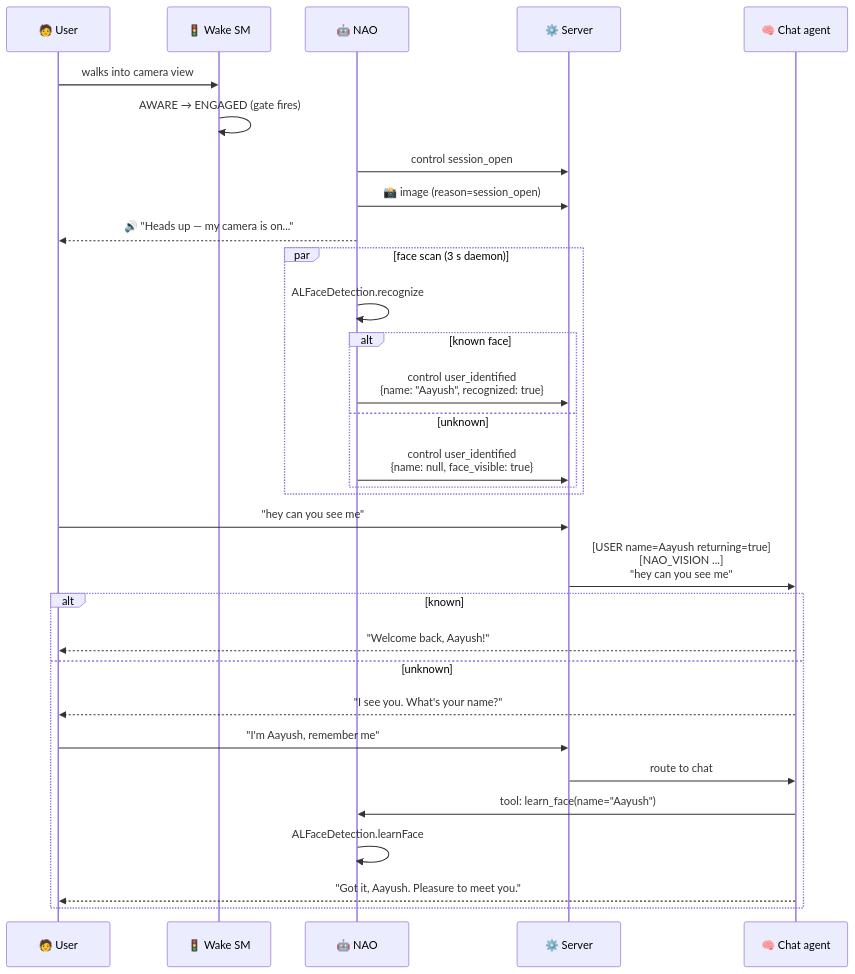
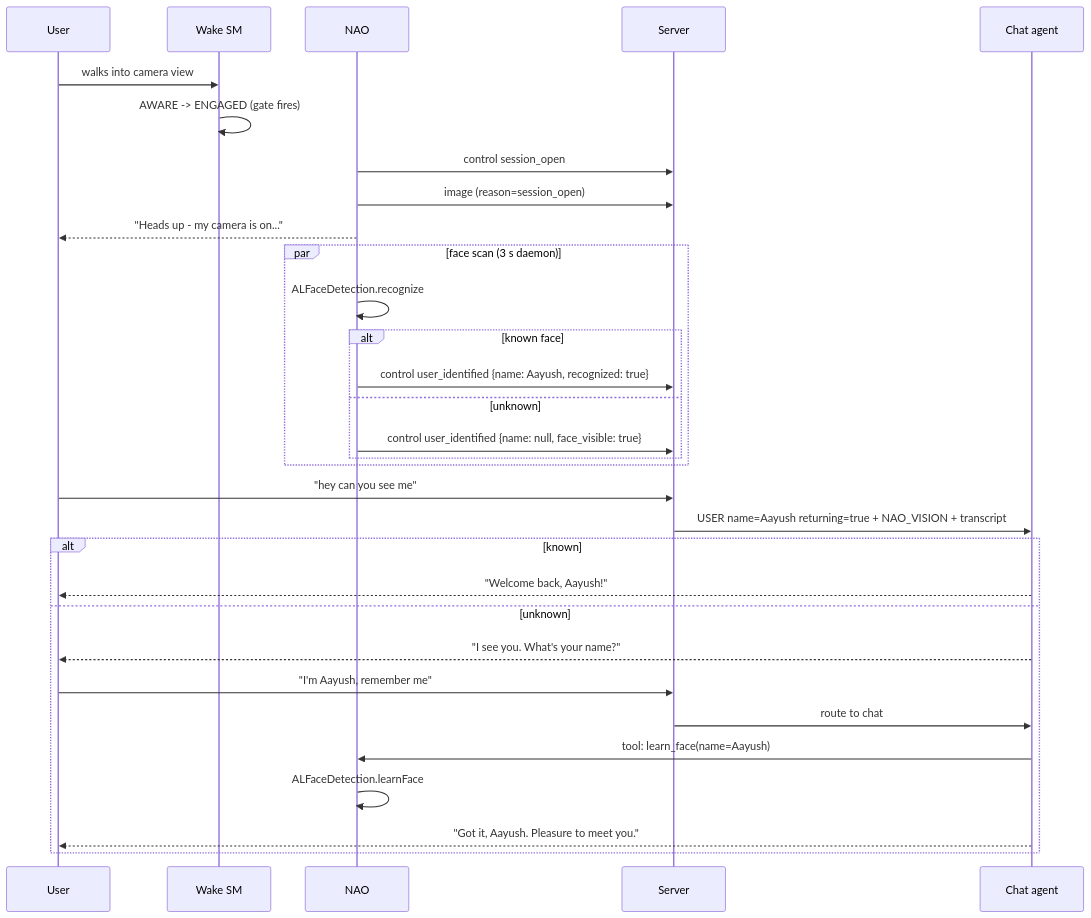
One commit to theaayushstha1/Nao-OpenAI-Morgan-Assist changed the seventh of 8 diagrams in README.md. Above: the diagram before and after it, drawn with Mermaid. The commit also changed other lines of this file, not shown here.

First line of the commit message:
README: zero emojis, fix mermaid parse error in voice/mic lifecycle

````diff
--- a/README.md
+++ b/README.md
@@ -277,34 +279,34 @@
 ```mermaid
 sequenceDiagram
-    participant U as 🧑 User
-    participant W as 🚦 Wake SM
-    participant N as 🤖 NAO
-    participant S as ⚙️ Server
-    participant A as 🧠 Chat agent
+    participant U as User
+    participant W as Wake SM
+    participant N as NAO
+    participant S as Server
+    participant A as Chat agent
 
     U->>W: walks into camera view
-    W->>W: AWARE → ENGAGED (gate fires)
+    W->>W: AWARE -> ENGAGED (gate fires)
     N->>S: control session_open
-    N->>S: 📸 image (reason=session_open)
-    N-->>U: 🔊 "Heads up — my camera is on..."
+    N->>S: image (reason=session_open)
+    N-->>U: "Heads up - my camera is on..."
     par face scan (3 s daemon)
         N->>N: ALFaceDetection.recognize
         alt known face
-            N->>S: control user_identified<br/>{name: "Aayush", recognized: true}
+            N->>S: control user_identified {name: Aayush, recognized: true}
         else unknown
-            N->>S: control user_identified<br/>{name: null, face_visible: true}
+            N->>S: control user_identified {name: null, face_visible: true}
         end
     end
     U->>S: "hey can you see me"
-    S->>A: [USER name=Aayush returning=true]<br/>[NAO_VISION ...]<br/>"hey can you see me"
+    S->>A: USER name=Aayush returning=true + NAO_VISION + transcript
     alt known
         A-->>U: "Welcome back, Aayush!"
     else unknown
         A-->>U: "I see you. What's your name?"
         U->>S: "I'm Aayush, remember me"
         S->>A: route to chat
-        A->>N: tool: learn_face(name="Aayush")
+        A->>N: tool: learn_face(name=Aayush)
         N->>N: ALFaceDetection.learnFace
         A-->>U: "Got it, Aayush. Pleasure to meet you."
     end
 ```
````
